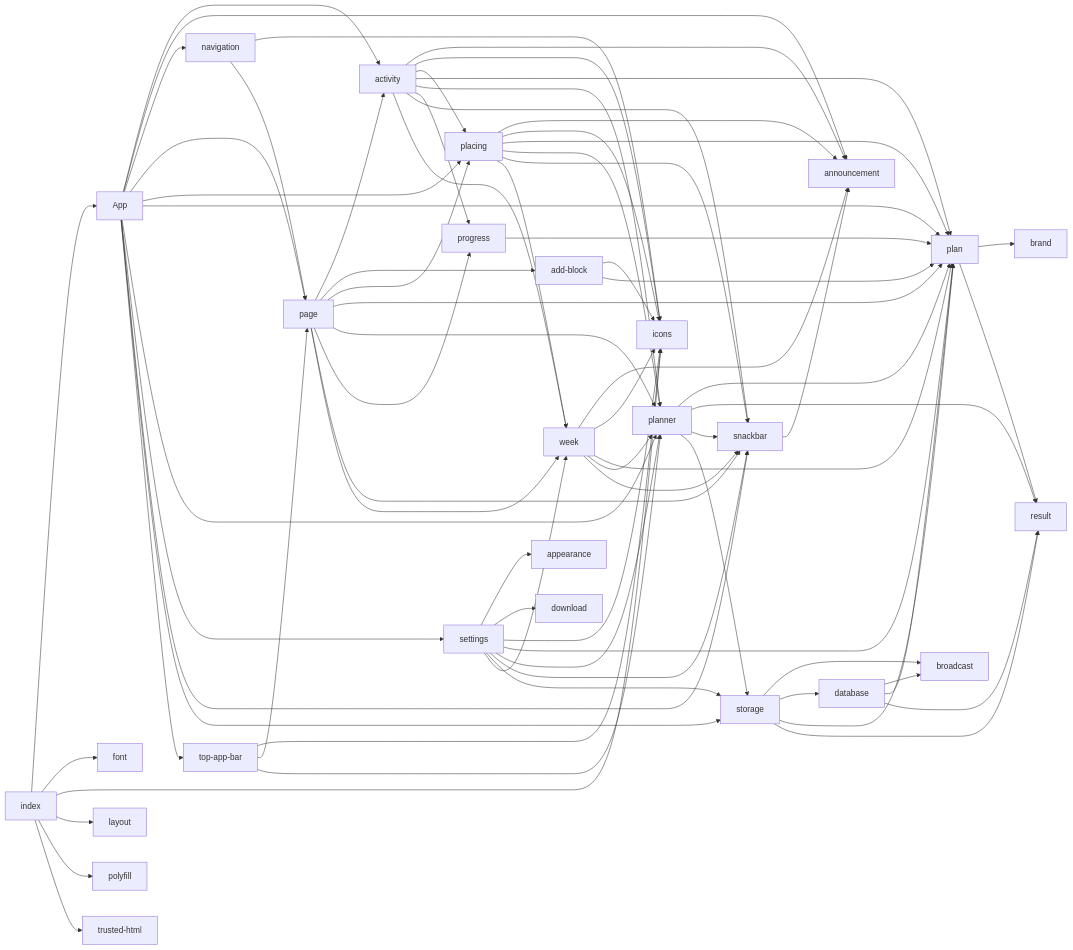
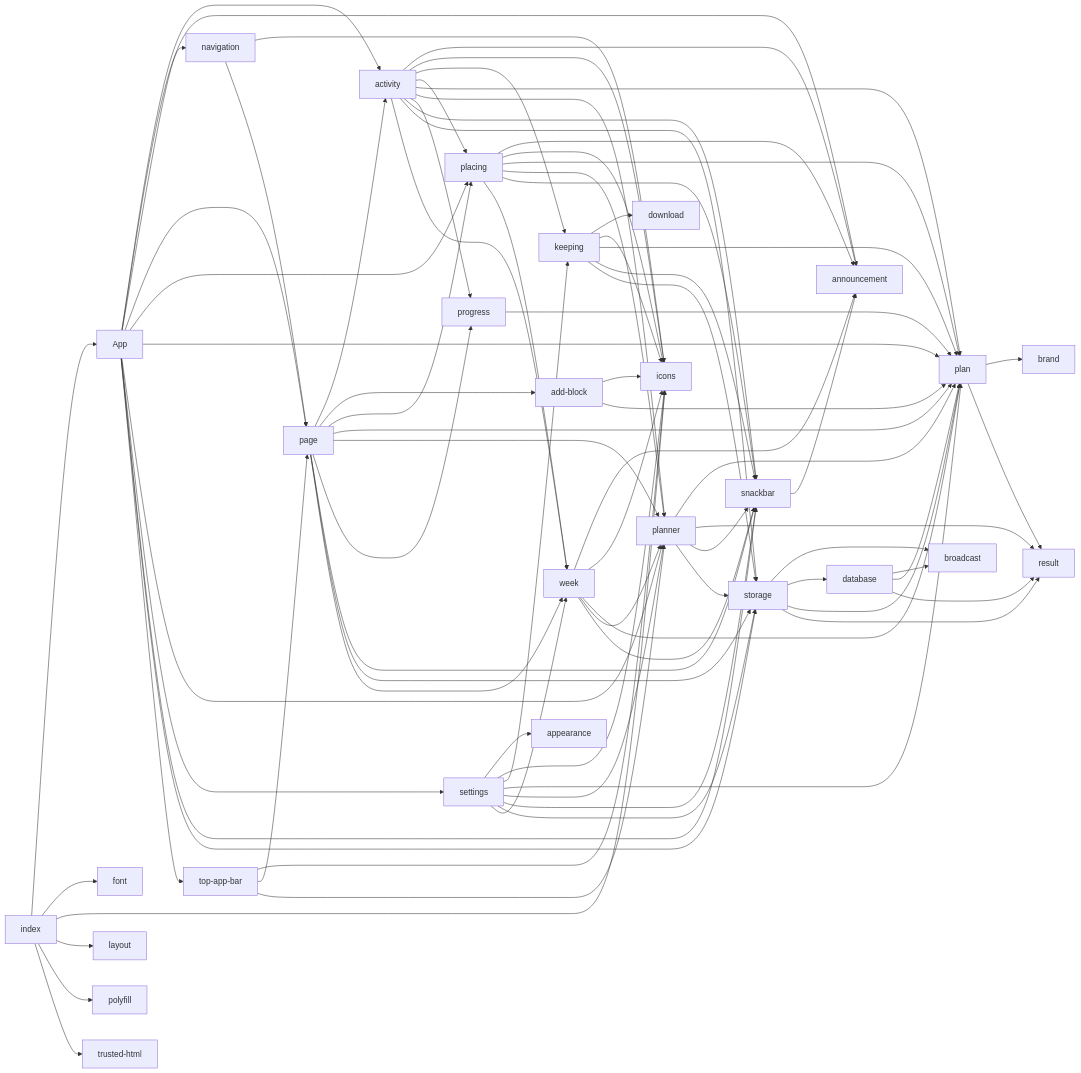
The diagram in docs/MODULES.md (SantaClaas/week-budget-planner), drawn with Mermaid before and after one commit. The commit also changed 12 other files, not shown here.

First line of the commit message:
Ask before the browser does: the keep-your-plan and no-storage cards

```diff
--- a/docs/MODULES.md
+++ b/docs/MODULES.md
@@ -20,6 +20,7 @@
   module_font["font"]
   module_icons["icons"]
   module_index["index"]
+  module_keeping["keeping"]
   module_layout["layout"]
   module_navigation["navigation"]
   module_page["page"]
@@ -37,11 +38,13 @@
   module_week["week"]
   module_activity --> module_announcement
   module_activity --> module_icons
+  module_activity --> module_keeping
   module_activity --> module_placing
   module_activity --> module_plan
   module_activity --> module_planner
   module_activity --> module_progress
   module_activity --> module_snackbar
+  module_activity --> module_storage
   module_activity --> module_week
   module_add_block --> module_icons
   module_add_block --> module_plan
@@ -65,6 +68,11 @@
   module_index --> module_layout
   module_index --> module_polyfill
   module_index --> module_trusted_html
+  module_keeping --> module_download
+  module_keeping --> module_icons
+  module_keeping --> module_plan
+  module_keeping --> module_snackbar
+  module_keeping --> module_storage
   module_navigation --> module_icons
   module_navigation --> module_page
   module_page --> module_activity
@@ -74,6 +82,7 @@
   module_page --> module_planner
   module_page --> module_progress
   module_page --> module_snackbar
+  module_page --> module_storage
   module_page --> module_week
   module_placing --> module_announcement
   module_placing --> module_icons
@@ -89,8 +98,8 @@
   module_planner --> module_storage
   module_progress --> module_plan
   module_settings --> module_appearance
-  module_settings --> module_download
   module_settings --> module_icons
+  module_settings --> module_keeping
   module_settings --> module_plan
   module_settings --> module_planner
   module_settings --> module_snackbar
```
